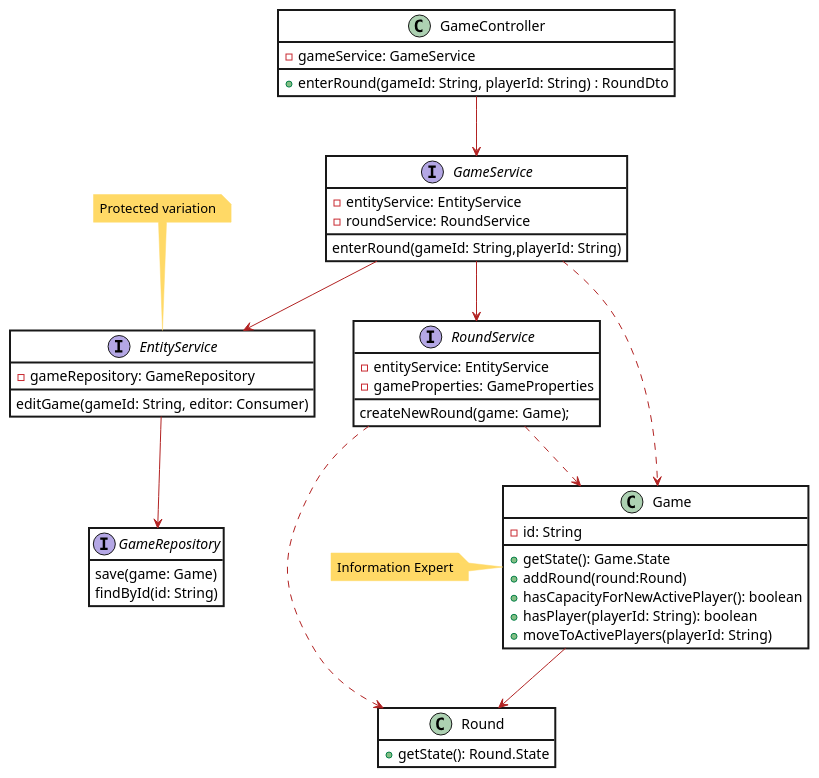
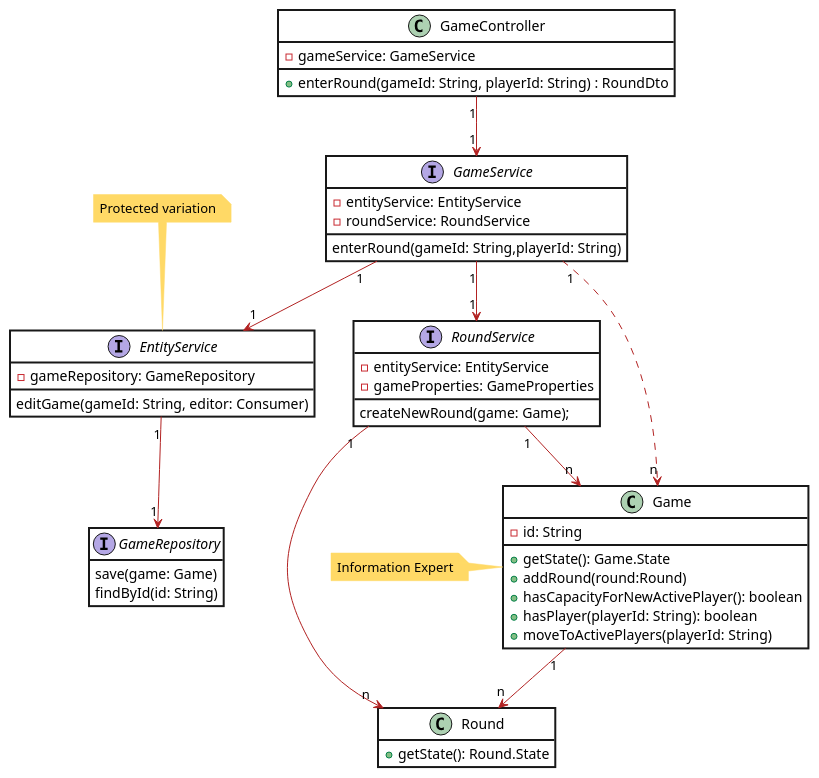
One commit to patrickwinti/worldwidewalter changed the diagram in docs/diagrams/DCD_start_new_round.plantuml. Above: the diagram before and after it, drawn with PlantUML. The commit also changed 6 other files, not shown here.

```diff
--- a/docs/diagrams/DCD_start_new_round.plantuml
+++ b/docs/diagrams/DCD_start_new_round.plantuml
@@ -1,58 +1,58 @@
 @startuml
 skinparam class {
     BackgroundColor white
     ArrowColor Firebrick
     BorderThickness 2
 }
 skinparam Note{
     BorderColor #FFD966
     BackgroundColor #FFD966
 }
 skinparam roundcorner 0
 skinparam packagestyle Frame
 hide empty members
 
 class GameController {
    -gameService: GameService
    +enterRound(gameId: String, playerId: String) : RoundDto
 }
 class Game {
    -id: String
    +getState(): Game.State
    +addRound(round:Round)
    +hasCapacityForNewActivePlayer(): boolean
    +hasPlayer(playerId: String): boolean
    +moveToActivePlayers(playerId: String)
 }
 class Round {
    +getState(): Round.State
 }
 interface EntityService {
    -gameRepository: GameRepository
    editGame(gameId: String, editor: Consumer)
 }
 interface RoundService{
    -entityService: EntityService
    -gameProperties: GameProperties
    createNewRound(game: Game);
 }
 interface GameService{
    -entityService: EntityService
    -roundService: RoundService
    enterRound(gameId: String,playerId: String)
 }
 interface GameRepository {
    save(game: Game)
    findById(id: String)
 }
 note left of Game: Information Expert
 note top of EntityService: Protected variation
-GameController-->GameService
-GameService ..> Game
-Game --> Round
-RoundService ..> Round
-RoundService ..> Game
-GameService --> EntityService
-GameService --> RoundService
-EntityService --> GameRepository
+GameController "1"-->"1" GameService
+GameService "1"..>"n" Game
+Game "1"-->"n" Round
+RoundService "1"-->"n"  Round
+RoundService "1"-->"n"  Game
+GameService "1"-->"1" EntityService
+GameService "1"-->"1" RoundService
+EntityService "1"-->"1" GameRepository
 @enduml
```
